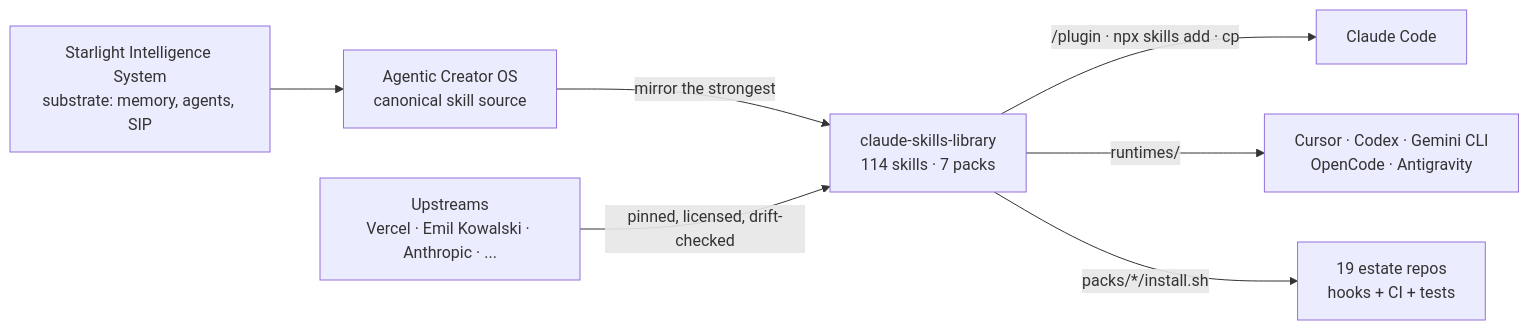
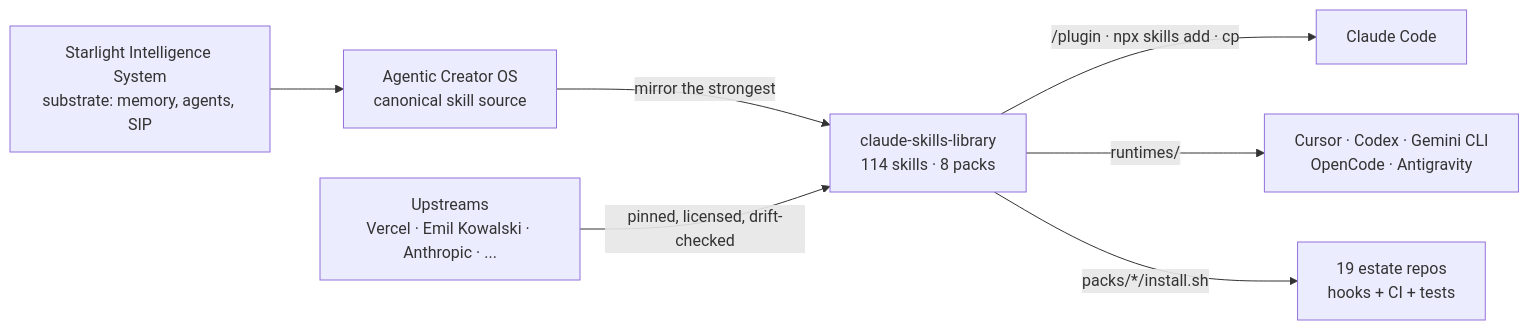
Before and after one commit to frankxai/claude-skills-library: the diagram in README.md, drawn with Mermaid. The commit also changed other lines of this file and 1 other file, not shown here.

````diff
--- a/README.md
+++ b/README.md
@@ -177,9 +177,9 @@
 ```mermaid
 flowchart LR
     SIS["Starlight Intelligence System<br/>substrate: memory, agents, SIP"] --> ACOS["Agentic Creator OS<br/>canonical skill source"]
-    ACOS -->|"mirror the strongest"| LIB["claude-skills-library<br/>114 skills · 7 packs"]
+    ACOS -->|"mirror the strongest"| LIB["claude-skills-library<br/>114 skills · 8 packs"]
     UP["Upstreams<br/>Vercel · Emil Kowalski · Anthropic · ..."] -->|"pinned, licensed, drift-checked"| LIB
     LIB -->|"/plugin · npx skills add · cp"| CC["Claude Code"]
     LIB -->|"runtimes/"| RT["Cursor · Codex · Gemini CLI<br/>OpenCode · Antigravity"]
     LIB -->|"packs/*/install.sh"| REPOS["19 estate repos<br/>hooks + CI + tests"]
 ```
````
